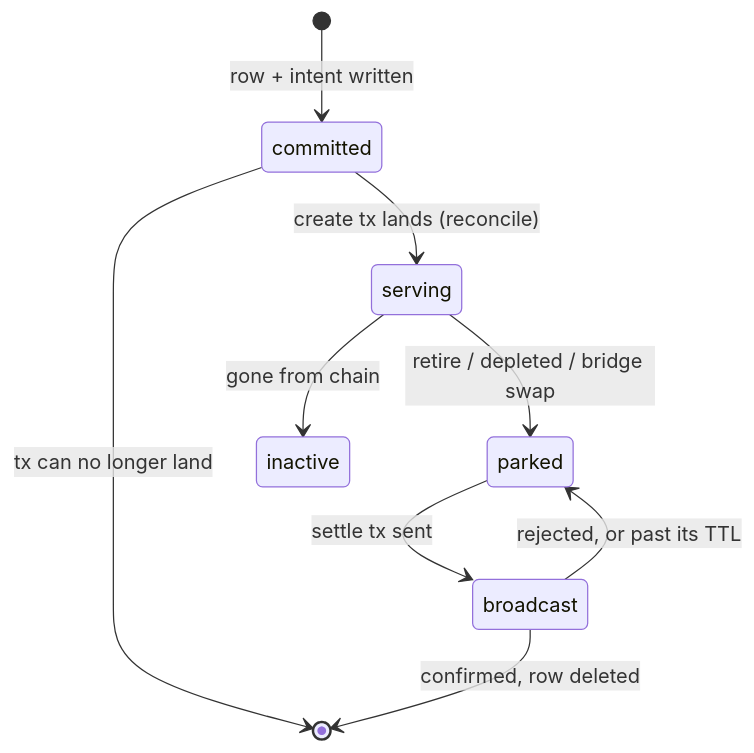
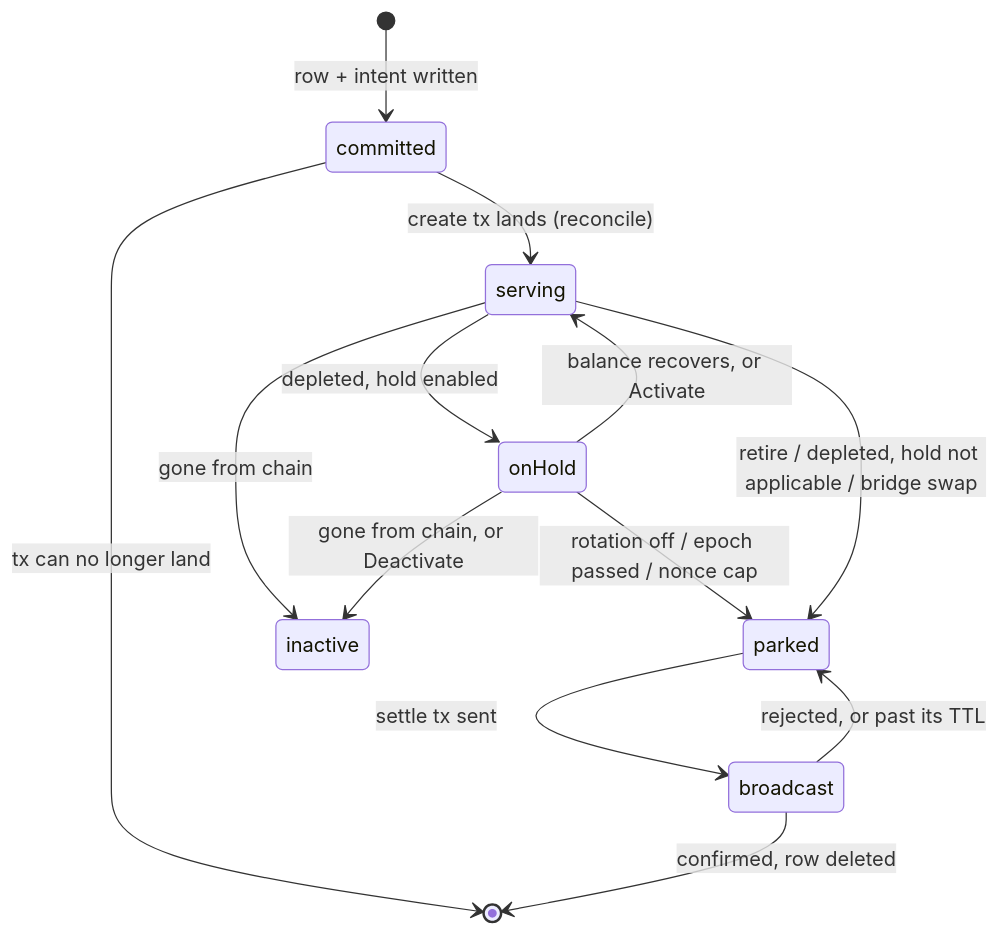
One commit to qdanik/gonka changed the first of 3 diagrams in devshard/cmd/gateway/docs/escrows.md. Above: the diagram before and after it, drawn with Mermaid. The commit also changed other lines of this file and 59 other files, not shown here.

Commit message:
feat(gateway): keep a balance-depleted escrow on hold

````diff
--- a/devshard/cmd/gateway/docs/escrows.md
+++ b/devshard/cmd/gateway/docs/escrows.md
@@ -34,11 +37,15 @@
 ```mermaid
 stateDiagram-v2
     [*] --> committed: row + intent written
     committed --> serving: create tx lands (reconcile)
     committed --> [*]: tx can no longer land
-    serving --> parked: retire / depleted / bridge swap
+    serving --> onHold: depleted, hold enabled
+    onHold --> serving: balance recovers, or Activate
+    onHold --> parked: rotation off / epoch passed / nonce cap
+    serving --> parked: retire / depleted, hold not applicable / bridge swap
     serving --> inactive: gone from chain
+    onHold --> inactive: gone from chain, or Deactivate
     parked --> broadcast: settle tx sent
     broadcast --> [*]: confirmed, row deleted
     broadcast --> parked: rejected, or past its TTL
 ```
````
